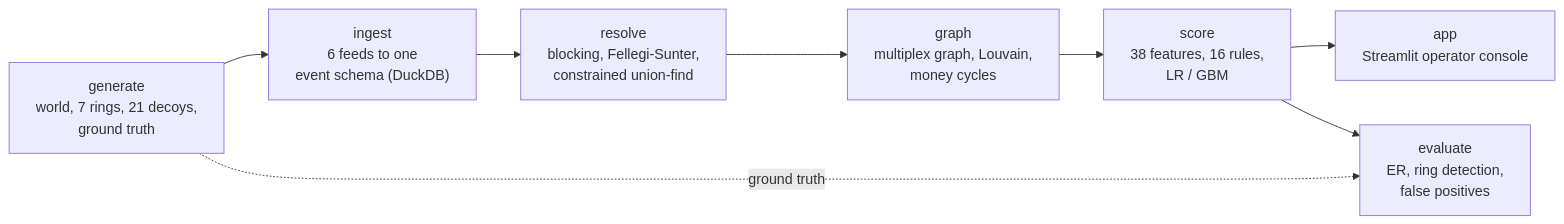
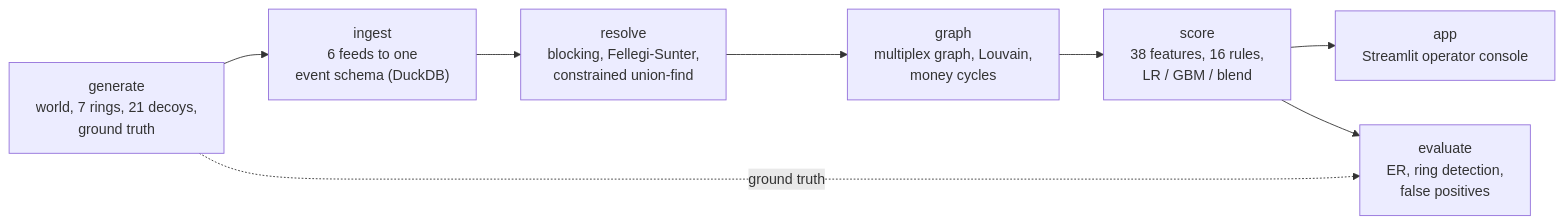
Before and after one commit to TathagataSen06/gui: the diagram in README.md, drawn with Mermaid. The commit also changed other lines of this file and 24 other files, not shown here.

````diff
--- a/README.md
+++ b/README.md
@@ -197,10 +222,10 @@
 ```mermaid
 flowchart LR
   G["generate<br/>world, 7 rings, 21 decoys,<br/>ground truth"] --> I["ingest<br/>6 feeds to one<br/>event schema (DuckDB)"]
   I --> R["resolve<br/>blocking, Fellegi-Sunter,<br/>constrained union-find"]
   R --> GR["graph<br/>multiplex graph, Louvain,<br/>money cycles"]
-  GR --> S["score<br/>38 features, 16 rules,<br/>LR / GBM"]
+  GR --> S["score<br/>38 features, 16 rules,<br/>LR / GBM / blend"]
   S --> A["app<br/>Streamlit operator console"]
   S --> E["evaluate<br/>ER, ring detection,<br/>false positives"]
   G -. ground truth .-> E
 ```
````
